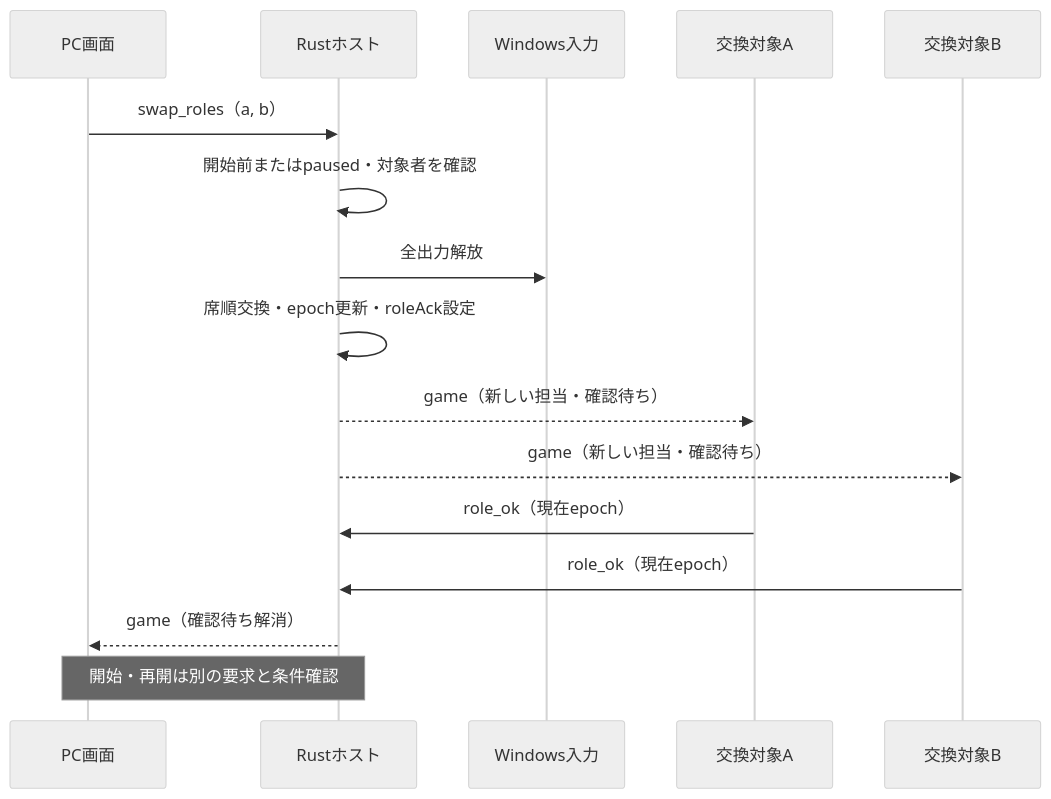
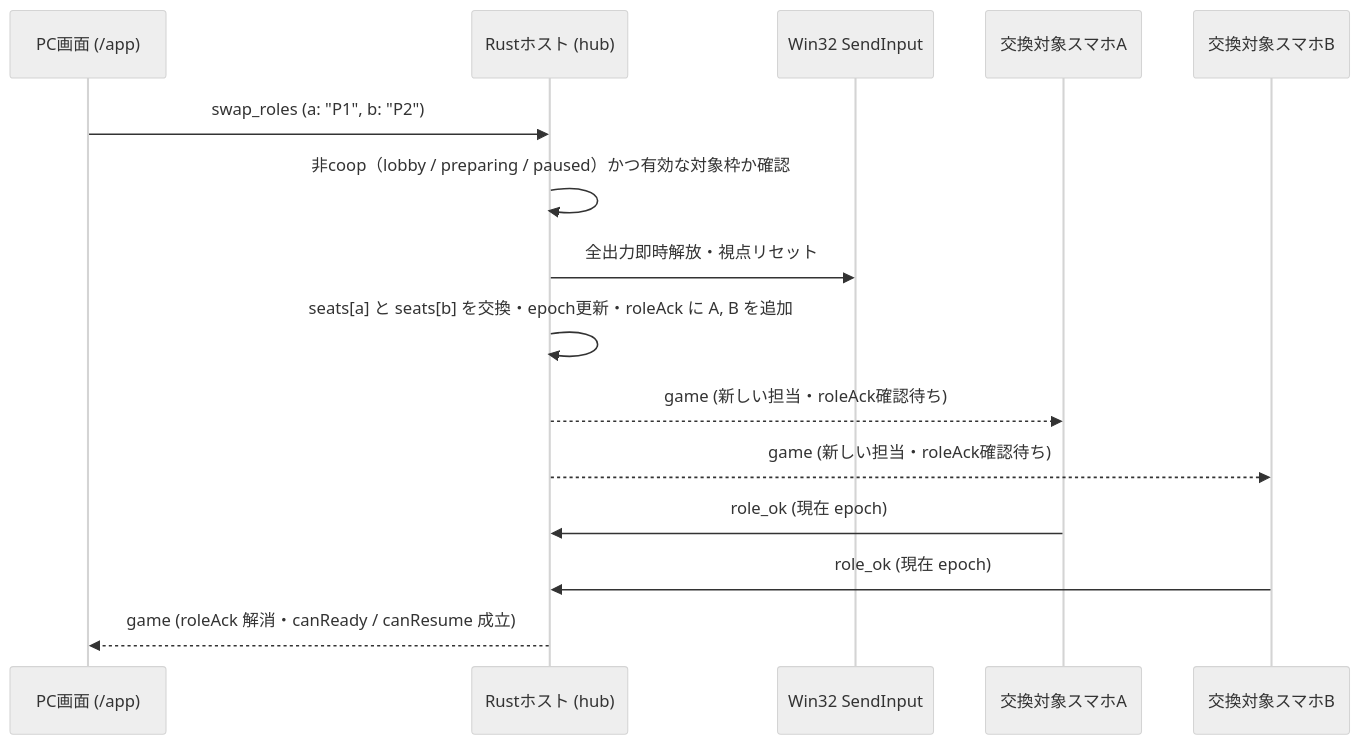
The third of 3 diagrams in docs/game-profile-specification.md (jphacks/kz_2613), drawn with Mermaid (neutral theme) before and after one commit. The commit also changed other lines of this file and 10 other files, not shown here.

````diff
--- a/docs/game-profile-specification.md
+++ b/docs/game-profile-specification.md
@@ -181,18 +185,18 @@
 ```mermaid
 sequenceDiagram
-    participant PC as PC画面
-    participant Hub as Rustホスト
-    participant OS as Windows入力
-    participant A as 交換対象A
-    participant B as 交換対象B
-    PC->>Hub: swap_roles（a, b）
-    Hub->>Hub: 開始前またはpaused・対象者を確認
-    Hub->>OS: 全出力解放
-    Hub->>Hub: 席順交換・epoch更新・roleAck設定
-    Hub-->>A: game（新しい担当・確認待ち）
-    Hub-->>B: game（新しい担当・確認待ち）
-    A->>Hub: role_ok（現在epoch）
-    B->>Hub: role_ok（現在epoch）
-    Hub-->>PC: game（確認待ち解消）
-    Note over PC,Hub: 開始・再開は別の要求と条件確認
+    participant PC as PC画面 (/app)
+    participant Hub as Rustホスト (hub)
+    participant OS as Win32 SendInput
+    participant A as 交換対象スマホA
+    participant B as 交換対象スマホB
+
+    PC->>Hub: swap_roles (a: "P1", b: "P2")
+    Hub->>Hub: 非coop（lobby / preparing / paused）かつ有効な対象枠か確認
+    Hub->>OS: 全出力即時解放・視点リセット
+    Hub->>Hub: seats[a] と seats[b] を交換・epoch更新・roleAck に A, B を追加
+    Hub-->>A: game (新しい担当・roleAck確認待ち)
+    Hub-->>B: game (新しい担当・roleAck確認待ち)
+    A->>Hub: role_ok (現在 epoch)
+    B->>Hub: role_ok (現在 epoch)
+    Hub-->>PC: game (roleAck 解消・canReady / canResume 成立)
 ```
````
